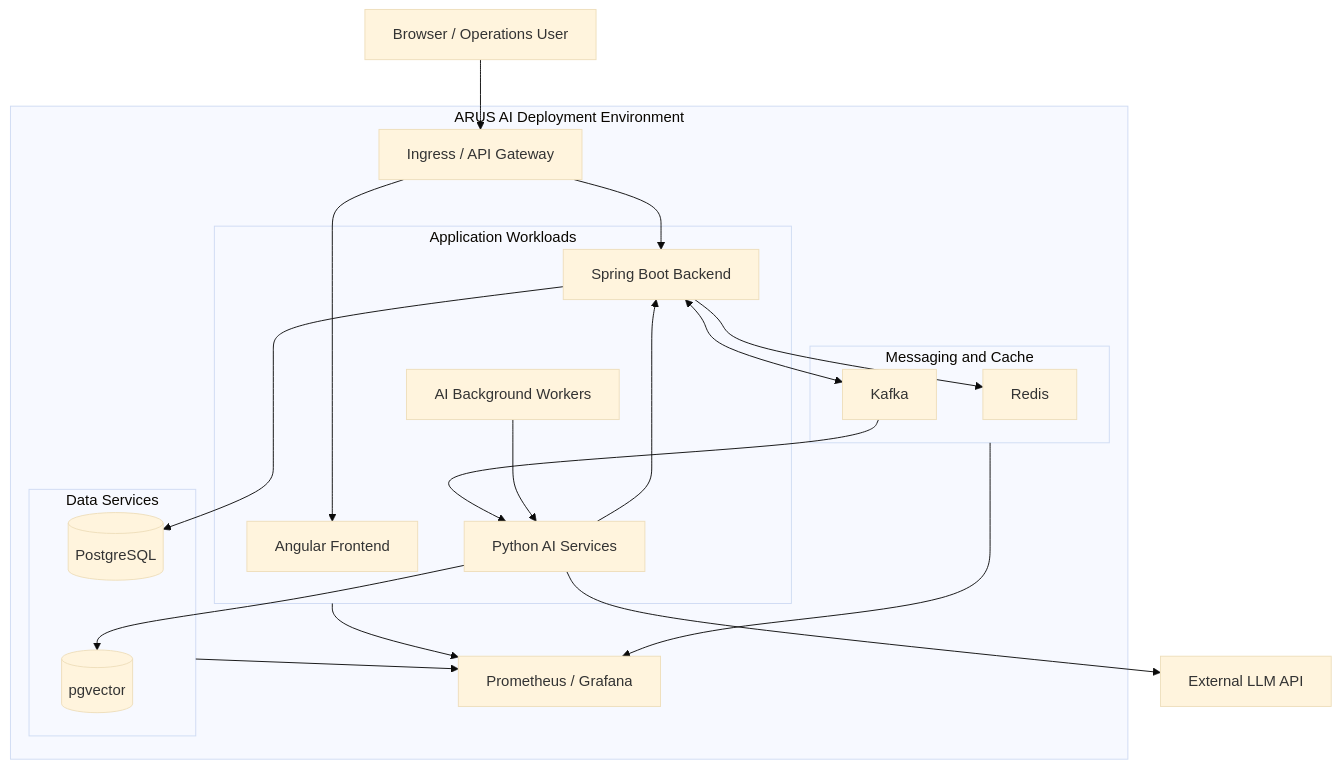
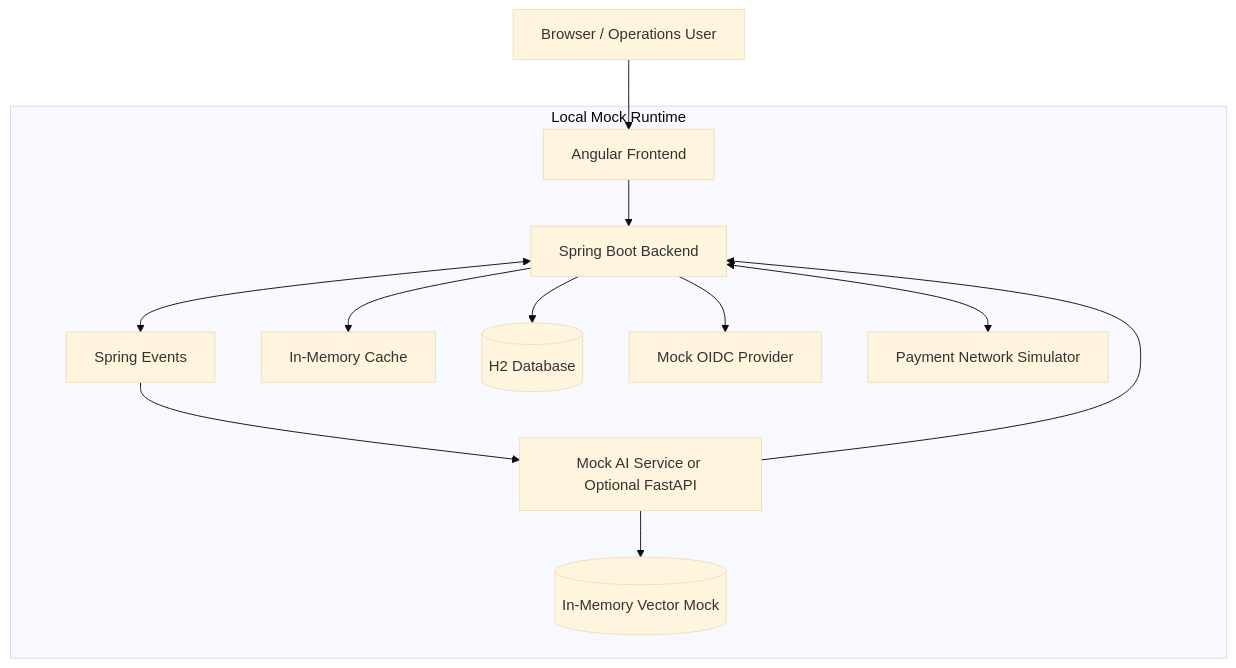
One commit to pauluswi/arus-ai changed the eighth of 8 diagrams in docs/ARC42.md. Above: the diagram before and after it, drawn with Mermaid (base theme). The commit also changed other lines of this file and 1 other file, not shown here.

Commit message:
Revise both documents for a mocked, local-only runtime

````diff
--- a/docs/ARC42.md
+++ b/docs/ARC42.md
@@ -684,48 +693,27 @@
 ```mermaid
 flowchart TB
     USER[Browser / Operations User]
 
-    subgraph CLUSTER[ARUS AI Deployment Environment]
-        INGRESS[Ingress / API Gateway]
-
-        subgraph APP[Application Workloads]
-            WEB[Angular Frontend]
-            BACKEND[Spring Boot Backend]
-            AI[Python AI Services]
-            WORKER[AI Background Workers]
-        end
-
-        subgraph MIDDLEWARE[Messaging and Cache]
-            KAFKA[Kafka]
-            REDIS[Redis]
-        end
-
-        subgraph DATA[Data Services]
-            DB[(PostgreSQL)]
-            VECTOR[(pgvector)]
-        end
-
-        MON[Prometheus / Grafana]
+    subgraph LOCAL[Local Mock Runtime]
+        WEB[Angular Frontend]
+        BACKEND[Spring Boot Backend]
+        AI[Mock AI Service or Optional FastAPI]
+        EVENTS[Spring Events]
+        CACHE[In-Memory Cache]
+        DB[(H2 Database)]
+        VECTOR[(In-Memory Vector Mock)]
+        AUTH[Mock OIDC Provider]
+        NETWORK[Payment Network Simulator]
     end
 
-    LLM[External LLM API]
-
-    USER --> INGRESS
-    INGRESS --> WEB
-    INGRESS --> BACKEND
-
-    BACKEND <--> KAFKA
+    USER --> WEB
+    WEB --> BACKEND
+    BACKEND --> AUTH
     BACKEND --> DB
-    BACKEND --> REDIS
-
-    KAFKA --> AI
+    BACKEND --> CACHE
+    BACKEND <--> EVENTS
+    BACKEND <--> NETWORK
+    EVENTS --> AI
     AI --> VECTOR
-    AI --> LLM
-
     AI --> BACKEND
-    WORKER --> AI
-
-    APP --> MON
-    MIDDLEWARE --> MON
-    DATA --> MON
 ```
````
